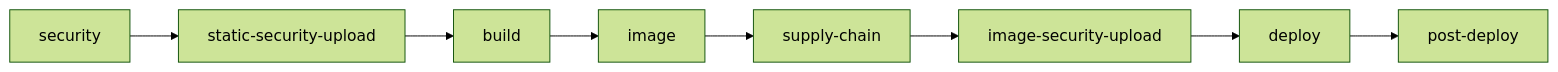
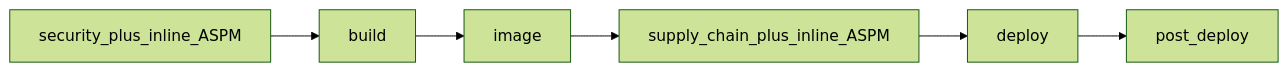
The first of 3 diagrams in docs/02-pipeline-architecture.md (butbeautifulv/ci-cd_template), drawn with Mermaid (forest theme) before and after one commit. The commit also changed other lines of this file and 2 other files, not shown here.

Commit message:
docs(fabrica): ASPM inline export architecture

````diff
--- a/docs/02-pipeline-architecture.md
+++ b/docs/02-pipeline-architecture.md
@@ -26,10 +26,8 @@
 ```mermaid
 flowchart LR
-  security[security] --> aspStatic[static-security-upload]
-  aspStatic --> build[build]
+  security[security_plus_inline_ASPM] --> build[build]
   build --> image[image]
-  image --> supply[supply-chain]
-  supply --> aspImg[image-security-upload]
-  aspImg --> deploy[deploy]
-  deploy --> postDeploy[post-deploy]
+  image --> supply[supply_chain_plus_inline_ASPM]
+  supply --> deploy[deploy]
+  deploy --> postDeploy[post_deploy]
 ```
````
